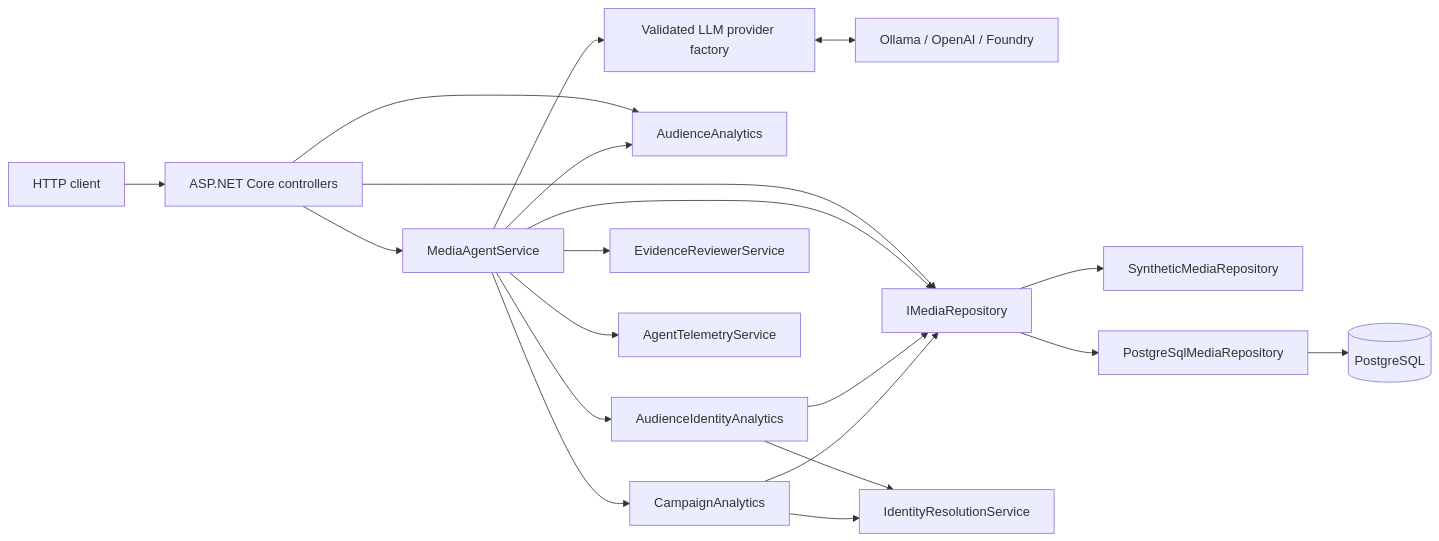
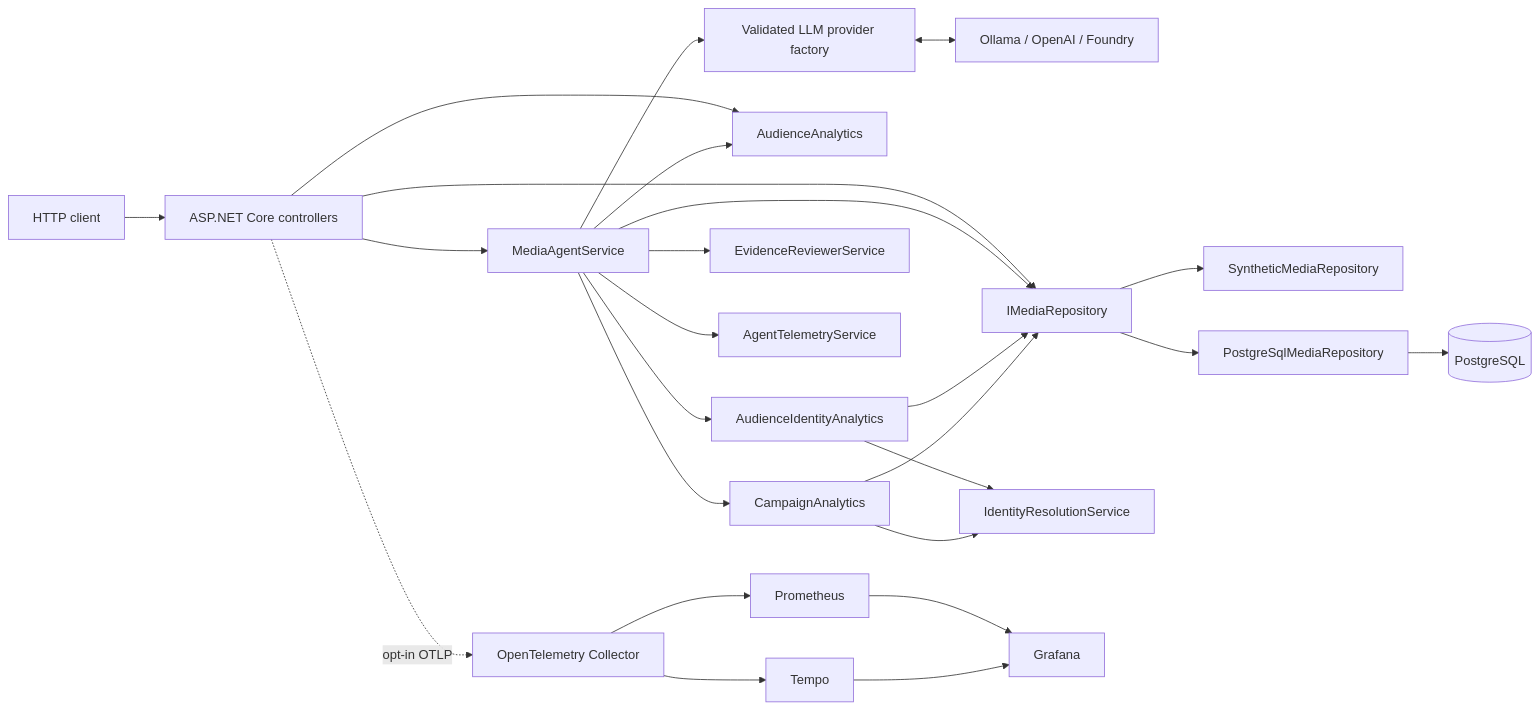
The first of 2 diagrams in docs/architecture.md (thaeri/Media-Intelligence-Agent), drawn with Mermaid before and after one commit. The commit also changed other lines of this file and 18 other files, not shown here.

Commit message:
feat(observability): add Grafana OpenTelemetry stack

````diff
--- a/docs/architecture.md
+++ b/docs/architecture.md
@@ -10,38 +10,47 @@
 ```mermaid
 flowchart LR
     Client[HTTP client]
     API[ASP.NET Core controllers]
     Agent[MediaAgentService]
     Factory[Validated LLM provider factory]
     LLM[Ollama / OpenAI / Foundry]
     Repo[IMediaRepository]
     Memory[SyntheticMediaRepository]
     PgRepo[PostgreSqlMediaRepository]
     Db[(PostgreSQL)]
     Content[AudienceAnalytics]
     Identity[IdentityResolutionService]
     Reach[AudienceIdentityAnalytics]
     Campaign[CampaignAnalytics]
     Evidence[EvidenceReviewerService]
     Telemetry[AgentTelemetryService]
+    Collector[OpenTelemetry Collector]
+    Prometheus[Prometheus]
+    Tempo[Tempo]
+    Grafana[Grafana]
 
     Client --> API
     API --> Agent
     API --> Content
     API --> Repo
     Repo --> Memory
     Repo --> PgRepo
     PgRepo --> Db
     Agent --> Factory
     Factory <--> LLM
     Agent --> Repo
     Agent --> Content
     Agent --> Reach
     Agent --> Campaign
     Reach --> Identity
     Reach --> Repo
     Campaign --> Identity
     Campaign --> Repo
     Agent --> Evidence
     Agent --> Telemetry
+    API -. opt-in OTLP .-> Collector
+    Collector --> Prometheus
+    Collector --> Tempo
+    Prometheus --> Grafana
+    Tempo --> Grafana
 ```
````
